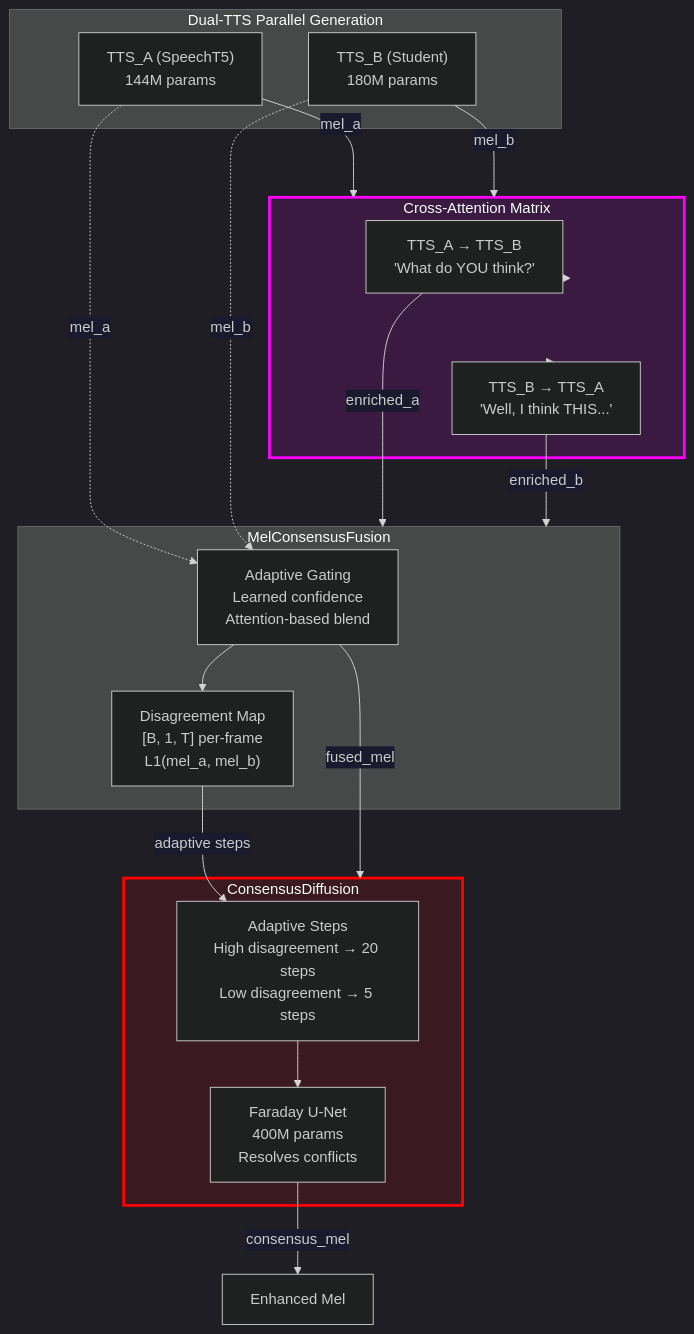
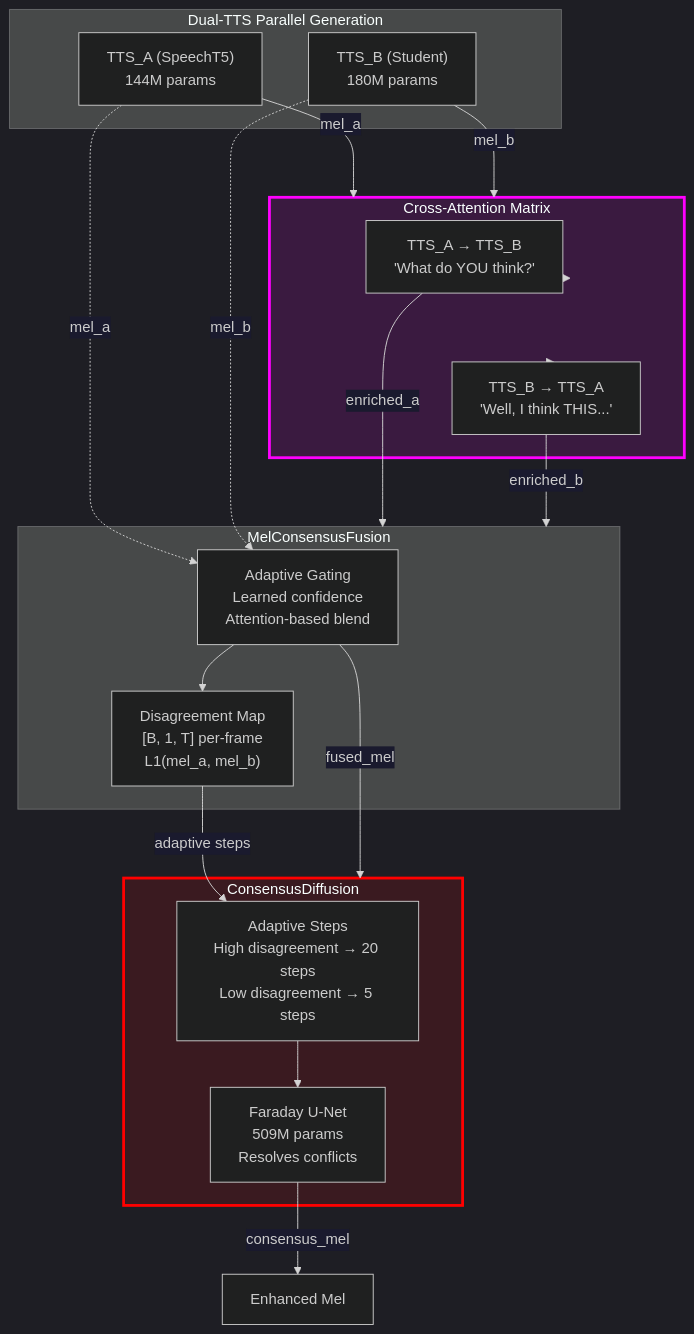
Before and after one commit to teerthsharma/seal-demon-tts: the third of 6 diagrams in README.md, drawn with Mermaid. The commit also changed other lines of this file and 24 other files, not shown here.

````diff
--- a/README.md
+++ b/README.md
@@ -452,40 +702,40 @@
 ```mermaid
 %%{init: {'theme': 'dark', 'themeVariables': { 'primaryColor': '#ff00ff', 'edgeLabelBackground':'#1a1a2e', 'tertiaryColor': '#00ffff'}}}%%
 flowchart TB
     subgraph DUAL["Dual-TTS Parallel Generation"]
         T_A["TTS_A (SpeechT5)<br/>144M params"]
         T_B["TTS_B (Student)<br/>180M params"]
     end
 
     subgraph CROSS["Cross-Attention Matrix"]
         CA["TTS_A → TTS_B<br/>'What do YOU think?'"]
         CB["TTS_B → TTS_A<br/>'Well, I think THIS...'"]
     end
 
     subgraph FUSION["MelConsensusFusion"]
         MF["Adaptive Gating<br/>Learned confidence<br/>Attention-based blend"]
         DIS["Disagreement Map<br/>[B, 1, T] per-frame<br/>L1(mel_a, mel_b)"]
     end
 
     subgraph DIFF["ConsensusDiffusion"]
         ADAPT["Adaptive Steps<br/>High disagreement → 20 steps<br/>Low disagreement → 5 steps"]
-        FARADAY2["Faraday U-Net<br/>400M params<br/>Resolves conflicts"]
+        FARADAY2["Faraday U-Net<br/>509M params<br/>Resolves conflicts"]
     end
 
     T_A -->|"mel_a"| CROSS
     T_B -->|"mel_b"| CROSS
     CROSS --> CA
     CROSS --> CB
     CA -->|"enriched_a"| FUSION
     CB -->|"enriched_b"| FUSION
     T_A -.->|"mel_a"| MF
     T_B -.->|"mel_b"| MF
     MF -->|"fused_mel"| DIFF
     MF --> DIS
     DIS -->|"adaptive steps"| ADAPT
     ADAPT --> FARADAY2
     FARADAY2 -->|"consensus_mel"| OUT["Enhanced Mel"]
 
     style CROSS fill:#ff00ff20,stroke:#ff00ff,stroke-width:3px
     style DIFF fill:#ff000020,stroke:#ff0000,stroke-width:3px
 ```
````
